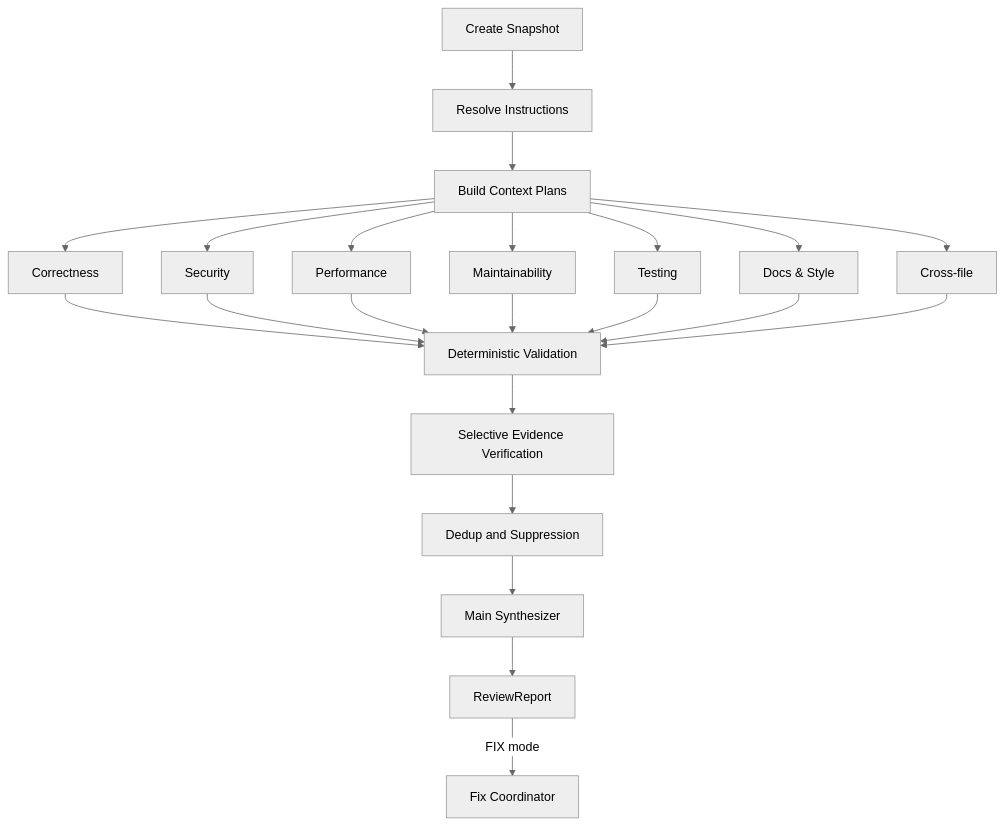
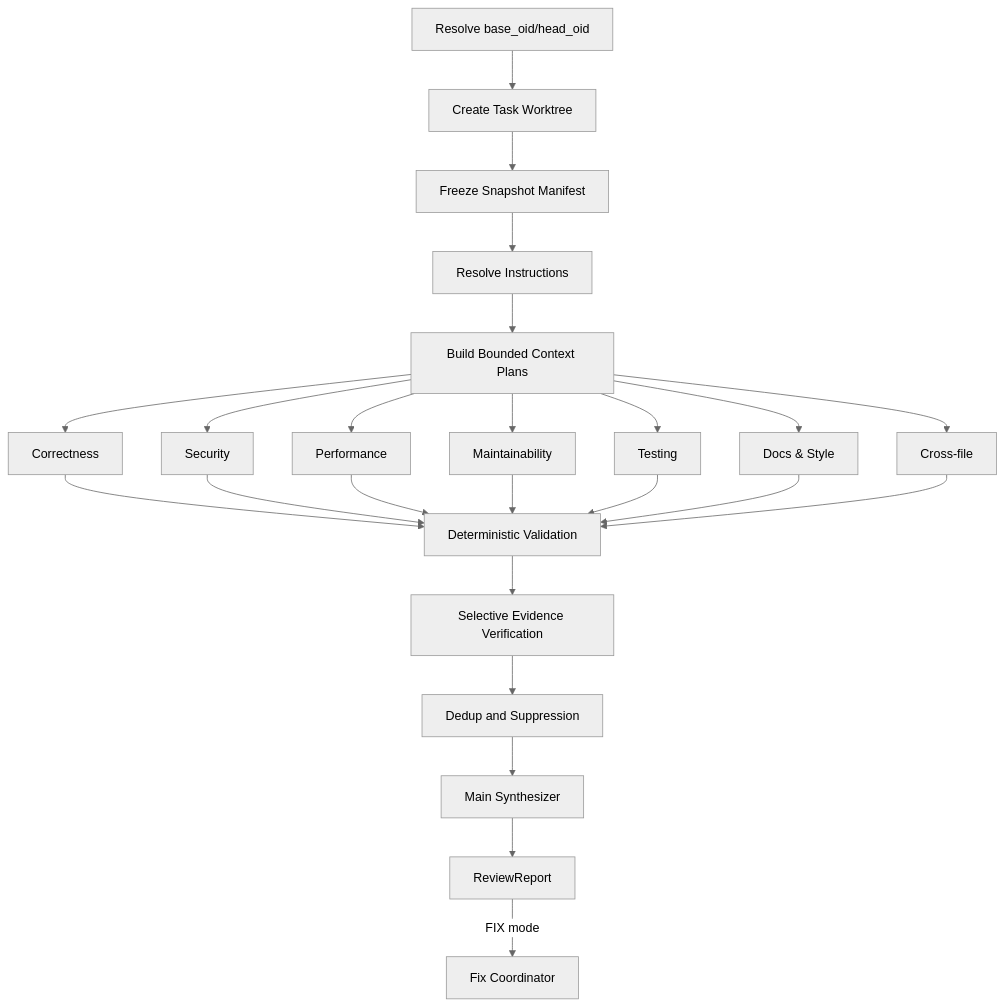
Before and after one commit to shinerio/CodeLens: the second of 2 diagrams in docs/superpowers/specs/2026-07-17-codelens-review-app-design.md, drawn with Mermaid (neutral theme). The commit also changed other lines of this file and 9 other files, not shown here.

````diff
--- a/docs/superpowers/specs/2026-07-17-codelens-review-app-design.md
+++ b/docs/superpowers/specs/2026-07-17-codelens-review-app-design.md
@@ -424,24 +483,26 @@
 ```mermaid
 flowchart TD
-    A[Create Snapshot] --> B[Resolve Instructions]
-    B --> C[Build Context Plans]
+    A[Resolve base_oid/head_oid] --> W[Create Task Worktree]
+    W --> S[Freeze Snapshot Manifest]
+    S --> B[Resolve Instructions]
+    B --> C[Build Bounded Context Plans]
     C --> D1[Correctness]
     C --> D2[Security]
     C --> D3[Performance]
     C --> D4[Maintainability]
     C --> D5[Testing]
     C --> D6[Docs & Style]
     C --> D7[Cross-file]
     D1 --> E[Deterministic Validation]
     D2 --> E
     D3 --> E
     D4 --> E
     D5 --> E
     D6 --> E
     D7 --> E
     E --> F[Selective Evidence Verification]
     F --> G[Dedup and Suppression]
     G --> H[Main Synthesizer]
     H --> I[ReviewReport]
     I -->|FIX mode| J[Fix Coordinator]
 ```
````
